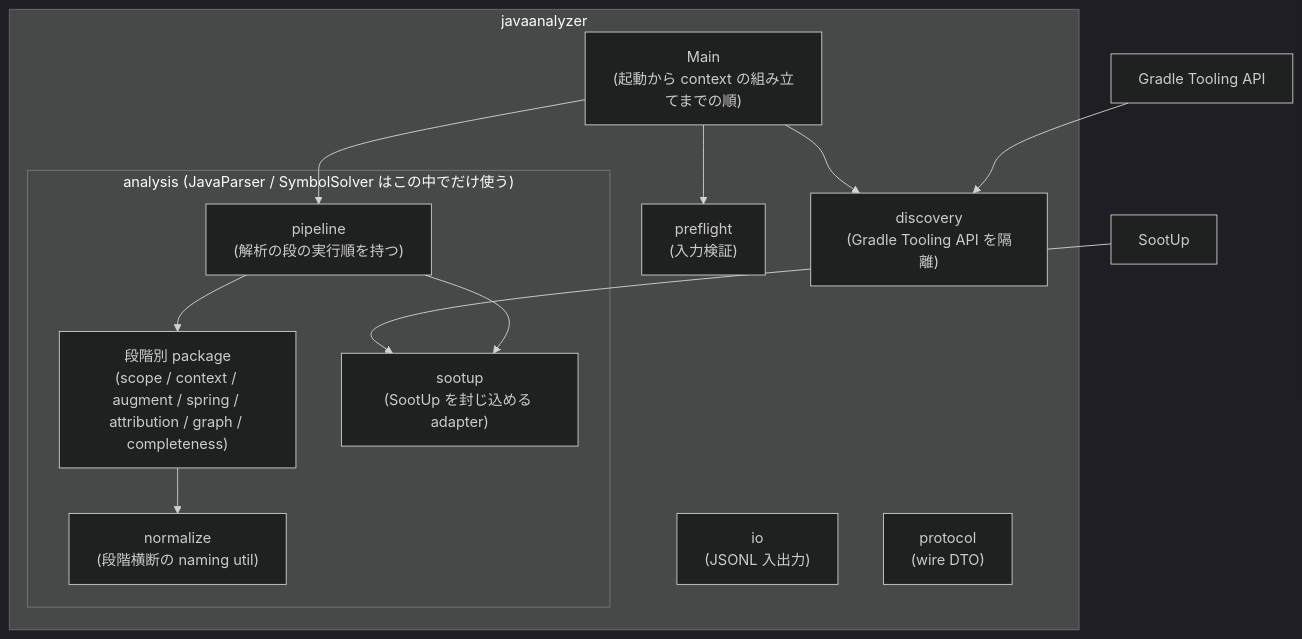
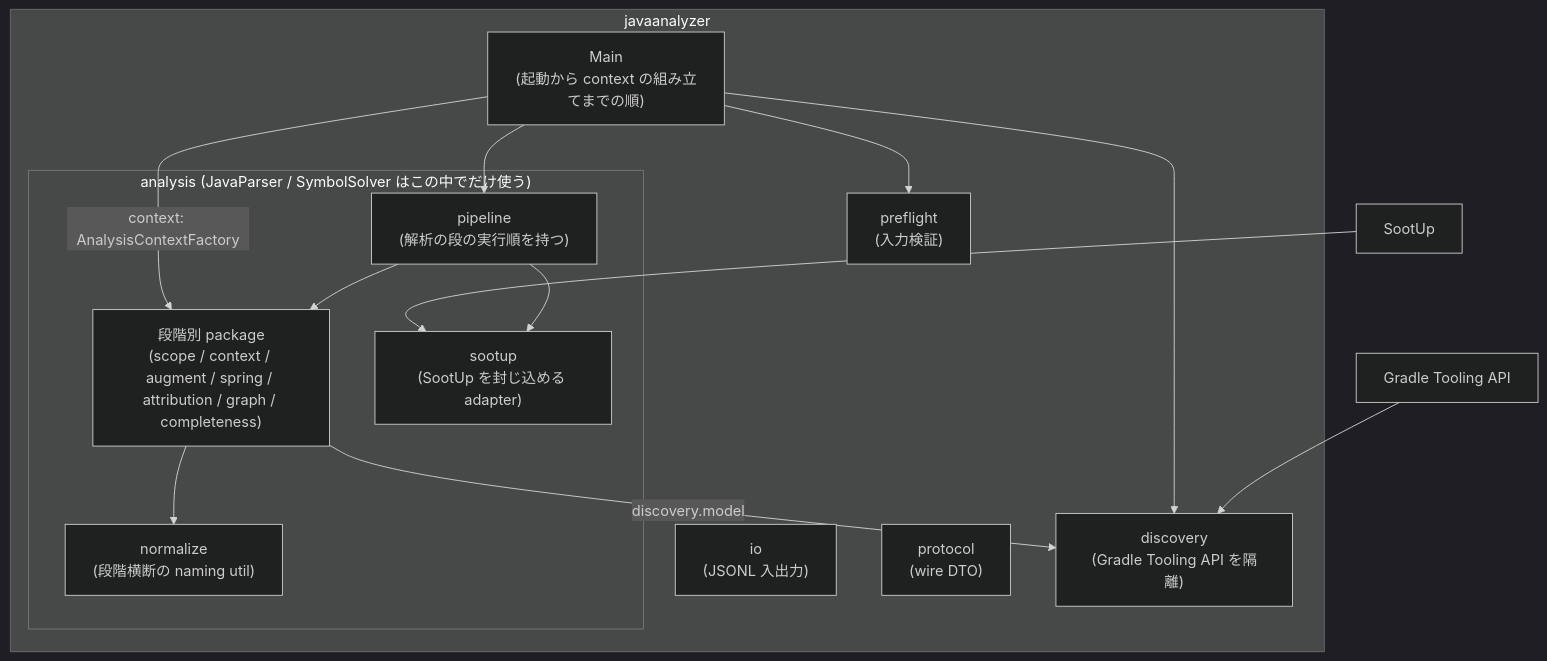
Before and after one commit to Fukuemon/depwalk: the first of 3 diagrams in analyzers/java/DesignDoc.md, drawn with Mermaid (dark theme). The commit also changed other lines of this file and 7 other files, not shown here.

First line of the commit message:
docs: レビューの指摘に合わせて、図の依存、fixture の説明、使い方の条件を直す #95

````diff
--- a/analyzers/java/DesignDoc.md
+++ b/analyzers/java/DesignDoc.md
@@ -155,25 +155,27 @@
 ```mermaid
 flowchart TB
     subgraph ja["javaanalyzer"]
         main["Main<br/>(起動から context の組み立てまでの順)"]
         io["io<br/>(JSONL 入出力)"]
         protocol["protocol<br/>(wire DTO)"]
         preflight["preflight<br/>(入力検証)"]
         discovery["discovery<br/>(Gradle Tooling API を隔離)"]
         subgraph analysis["analysis (JavaParser / SymbolSolver はこの中でだけ使う)"]
             pipeline["pipeline<br/>(解析の段の実行順を持つ)"]
             stages["段階別 package<br/>(scope / context / augment / spring / attribution / graph / completeness)"]
             sootup["sootup<br/>(SootUp を封じ込める adapter)"]
             normalize["normalize<br/>(段階横断の naming util)"]
         end
     end
 
     main --> preflight
     main --> discovery
     main --> pipeline
+    main -->|"context: AnalysisContextFactory"| stages
+    stages -->|"discovery.model"| discovery
     GradleAPI["Gradle Tooling API"] --> discovery
     SootUpLib["SootUp"] --> sootup
     pipeline --> stages
     pipeline --> sootup
     stages --> normalize
 ```
````
